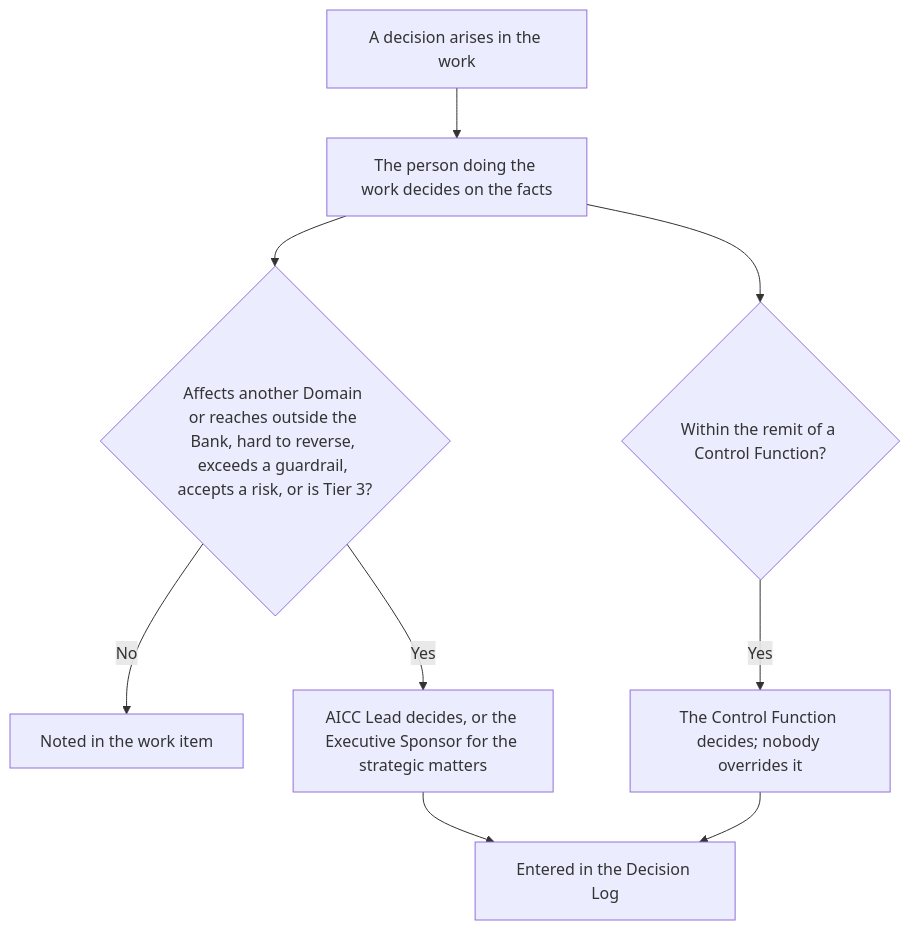
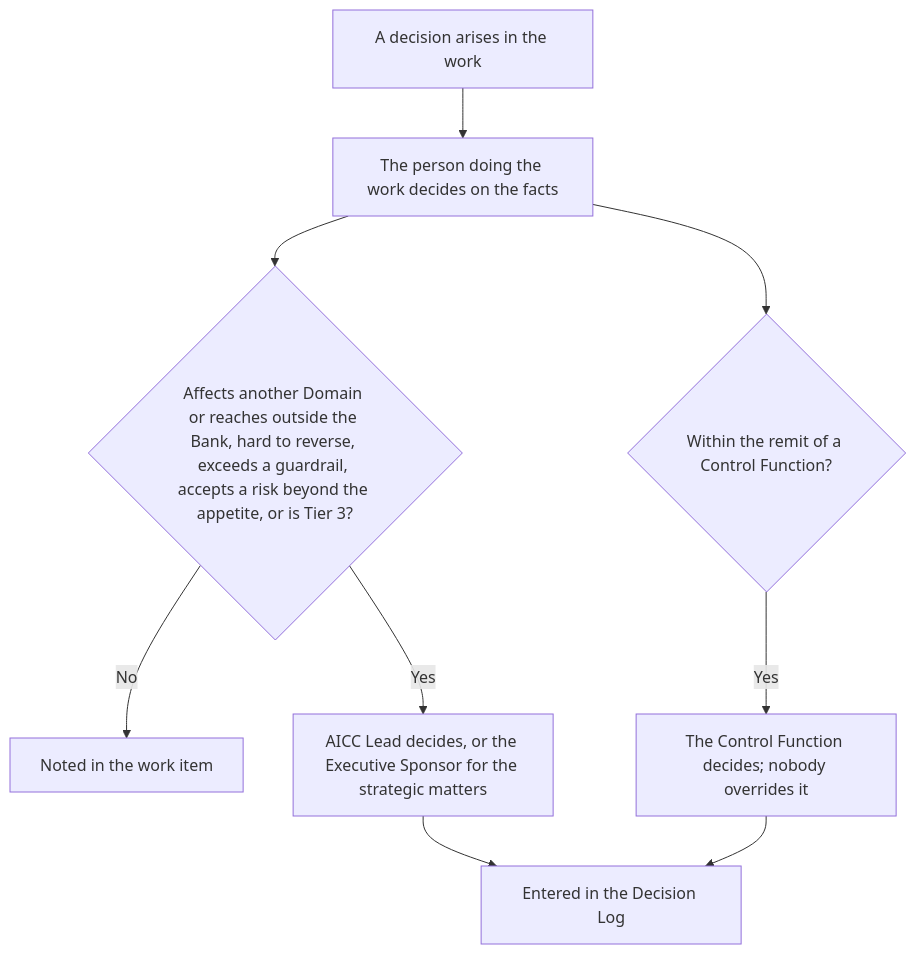
The third of 4 diagrams in charter/workflows/unit-governance.md (devhogu/ob-aicc), drawn with Mermaid before and after one commit. The commit also changed other lines of this file and 63 other files, not shown here.

````diff
--- a/charter/workflows/unit-governance.md
+++ b/charter/workflows/unit-governance.md
@@ -71,11 +63,11 @@
 ```mermaid
 flowchart TB
   A["A decision arises in the work"] --> B["The person doing the work decides on the facts"]
-  B --> C{"Affects another Domain or reaches outside the Bank, hard to reverse, exceeds a guardrail, accepts a risk, or is Tier 3?"}
+  B --> C{"Affects another Domain or reaches outside the Bank, hard to reverse, exceeds a guardrail, accepts a risk beyond the appetite, or is Tier 3?"}
   C -->|No| D["Noted in the work item"]
   C -->|Yes| E["AICC Lead decides, or the Executive Sponsor for the strategic matters"]
   E --> F["Entered in the Decision Log"]
   B --> G{"Within the remit of a Control Function?"}
   G -->|Yes| H["The Control Function decides; nobody overrides it"]
   H --> F
 ```
````
